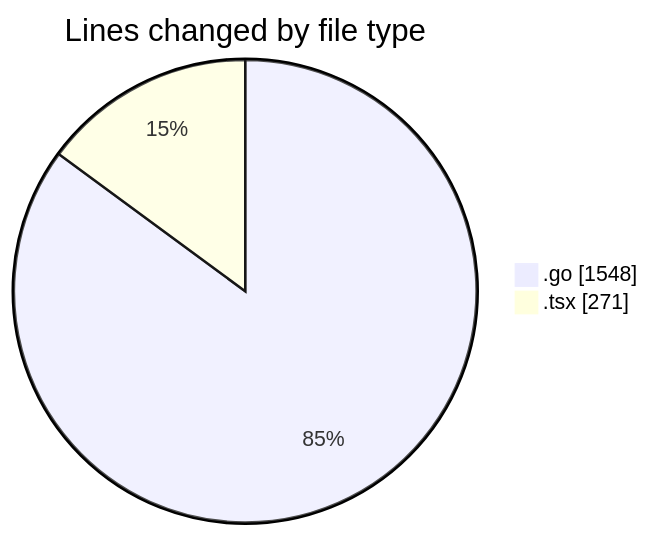
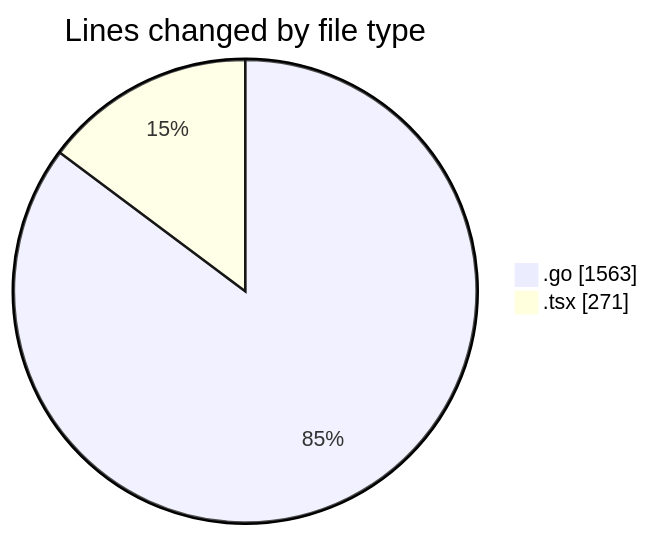
Before and after one commit to robertbonfada/code-tracking: the first of 2 diagrams in 2025-03-10/termonied_testador/README.md, drawn with Mermaid. The commit also changed other lines of this file and 1 other file, not shown here.

````diff
--- a/2025-03-10/termonied_testador/README.md
+++ b/2025-03-10/termonied_testador/README.md
@@ -26,6 +26,6 @@
 ```mermaid
 pie showData
 title Lines changed by file type
-".go" : 1548
+".go" : 1563
 ".tsx" : 271
 ```
````
